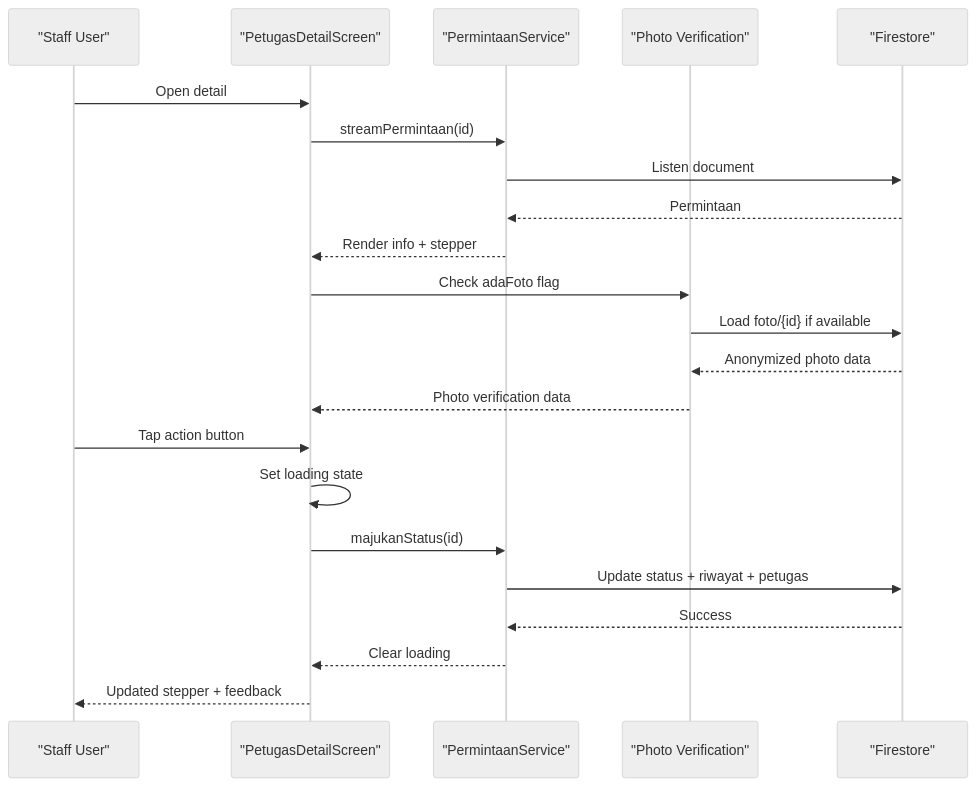
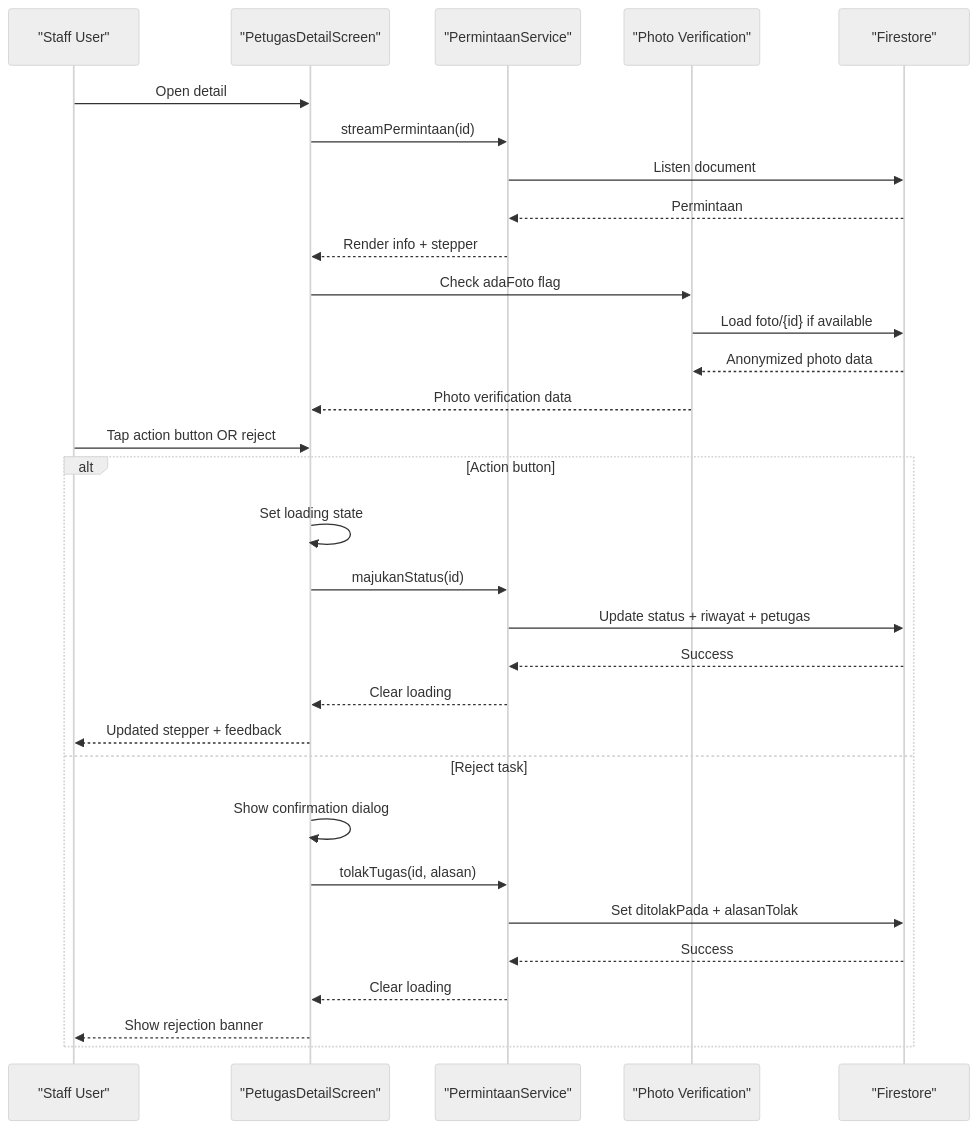
The fourth of 11 diagrams in .qoder/repowiki/en/content/Mobile Application/Staff Workflow/Staff Workflow.md (rdsarjito/whoosh-ramah), drawn with Mermaid (neutral theme) before and after one commit. The commit also changed other lines of this file and 18 other files, not shown here.

````diff
--- a/.qoder/repowiki/en/content/Mobile Application/Staff Workflow/Staff Workflow.md
+++ b/.qoder/repowiki/en/content/Mobile Application/Staff Workflow/Staff Workflow.md
@@ -277,24 +309,33 @@
 ```mermaid
 sequenceDiagram
 participant User as "Staff User"
 participant Detail as "PetugasDetailScreen"
 participant Service as "PermintaanService"
 participant PhotoSys as "Photo Verification"
 participant DB as "Firestore"
 User->>Detail : Open detail
 Detail->>Service : streamPermintaan(id)
 Service->>DB : Listen document
 DB-->>Service : Permintaan
 Service-->>Detail : Render info + stepper
 Detail->>PhotoSys : Check adaFoto flag
 PhotoSys->>DB : Load foto/{id} if available
 DB-->>PhotoSys : Anonymized photo data
 PhotoSys-->>Detail : Photo verification data
-User->>Detail : Tap action button
+User->>Detail : Tap action button OR reject
+alt Action button
 Detail->>Detail : Set loading state
 Detail->>Service : majukanStatus(id)
 Service->>DB : Update status + riwayat + petugas
 DB-->>Service : Success
 Service-->>Detail : Clear loading
 Detail-->>User : Updated stepper + feedback
+else Reject task
+Detail->>Detail : Show confirmation dialog
+Detail->>Service : tolakTugas(id, alasan)
+Service->>DB : Set ditolakPada + alasanTolak
+DB-->>Service : Success
+Service-->>Detail : Clear loading
+Detail-->>User : Show rejection banner
+end
 ```
````
